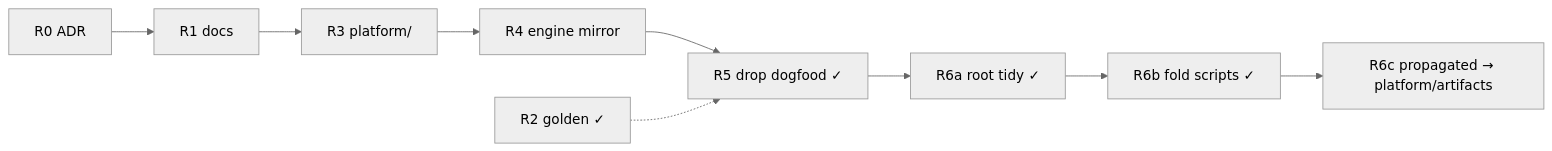
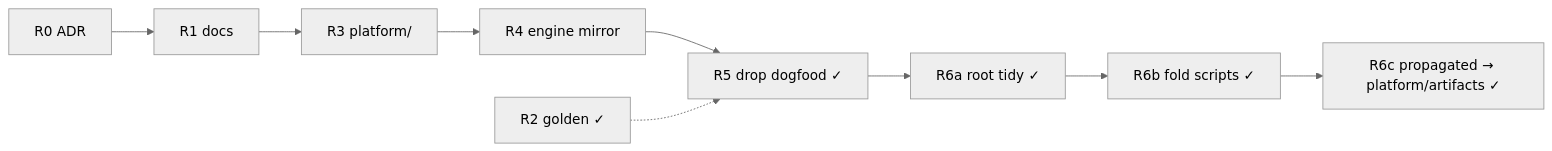
Before and after one commit to sibling-shipyard/coach-hq: the second of 2 diagrams in docs/engineering/hq-restructure-plan.md, drawn with Mermaid (neutral theme). The commit also changed other lines of this file and 22 other files, not shown here.

First line of the commit message:
core: R6c propagated artifacts + P2 doc sweep

````diff
--- a/docs/engineering/hq-restructure-plan.md
+++ b/docs/engineering/hq-restructure-plan.md
@@ -43,11 +43,11 @@
 ```mermaid
 flowchart LR
   R0["R0 ADR"] --> R1["R1 docs"]
   R1 --> R3["R3 platform/"]
   R3 --> R4["R4 engine mirror"]
   R4 --> R5["R5 drop dogfood ✓"]
   R5 --> R6a["R6a root tidy ✓"]
   R6a --> R6b["R6b fold scripts ✓"]
-  R6b --> R6c["R6c propagated → platform/artifacts"]
+  R6b --> R6c["R6c propagated → platform/artifacts ✓"]
   R2["R2 golden ✓"] -.-> R5
 ```
````
